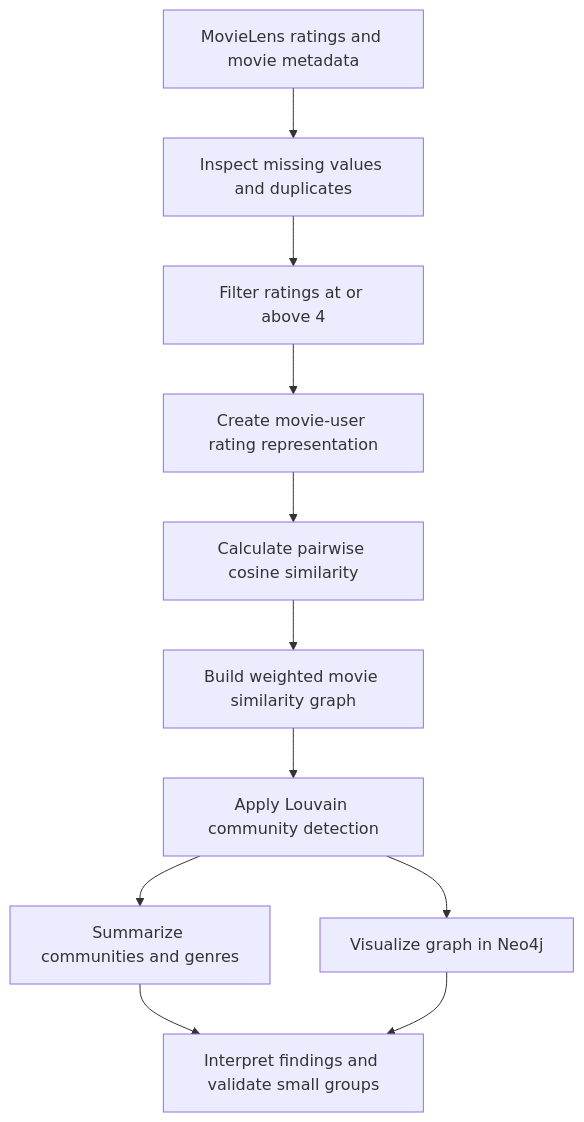
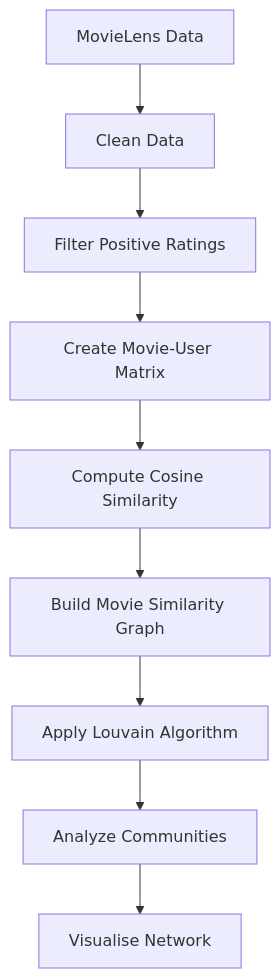
Before and after one commit to theresiashi/MovieLens-Community-Detection: the diagram in README.md, drawn with Mermaid. The commit also changed other lines of this file, not shown here.

````diff
--- a/README.md
+++ b/README.md
@@ -54,13 +77,11 @@
 ```mermaid
 flowchart TD
-    A[MovieLens ratings and movie metadata] --> B[Inspect missing values and duplicates]
-    B --> C[Filter ratings at or above 4]
-    C --> D[Create movie-user rating representation]
-    D --> E[Calculate pairwise cosine similarity]
-    E --> F[Build weighted movie similarity graph]
-    F --> G[Apply Louvain community detection]
-    G --> H[Summarize communities and genres]
-    G --> I[Visualize graph in Neo4j]
-    H --> J[Interpret findings and validate small groups]
-    I --> J
+    A[MovieLens Data] --> B[Clean Data]
+    B --> C[Filter Positive Ratings]
+    C --> D[Create Movie-User Matrix]
+    D --> E[Compute Cosine Similarity]
+    E --> F[Build Movie Similarity Graph]
+    F --> G[Apply Louvain Algorithm]
+    G --> H[Analyze Communities]
+    H --> I[Visualise Network]
 ```
````
